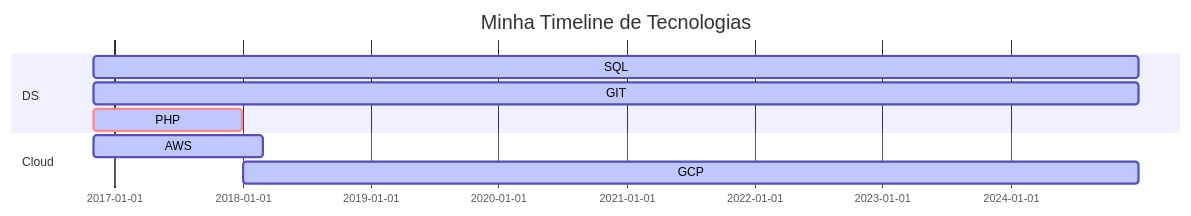
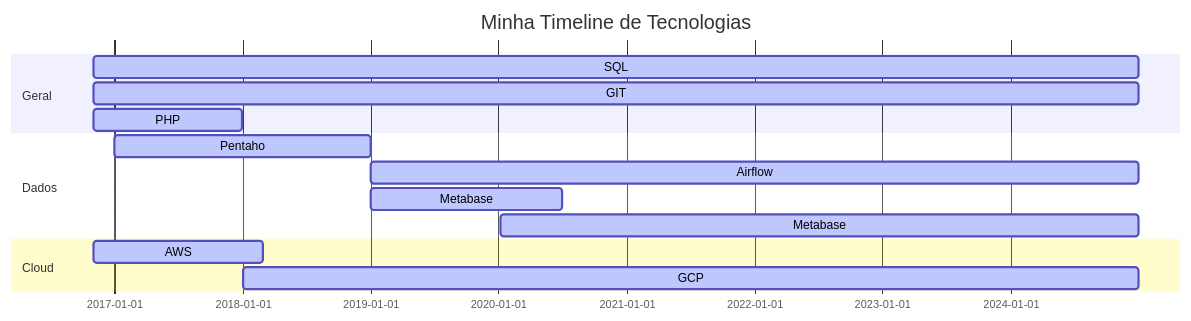
The diagram in README.md (ArturAlvesC/ArturAlvesC), drawn with Mermaid before and after one commit.

````diff
--- a/README.md
+++ b/README.md
@@ -6,16 +6,19 @@
 ```mermaid
 gantt
 dateFormat  YYYY-MM-DD
 title Minha Timeline de Tecnologias
-section DS
+section Geral
 SQL           :active,, 2016-11-01,2024-12-31
 GIT           :active,, 2016-11-01,2024-12-31
-PHP           :crit,active, 2016-11-01,2017-12-31
+PHP           :active,, 2016-11-01,2017-12-31
 
-
-section DA
+section Dados
+Pentaho       :active,, 2017-01-01,2018-12-31
+Airflow       :active,, 2019-01-01,2024-12-31
+Metabase      :active,, 2019-01-01,2020-06-30
+Metabase      :active,, 2020-01-07,2024-12-31
 
 section Cloud
 AWS           :active,, 2016-11-01,2018-02-28
 GCP           :active,, 2018-01-01,2024-12-31
 ```
````
